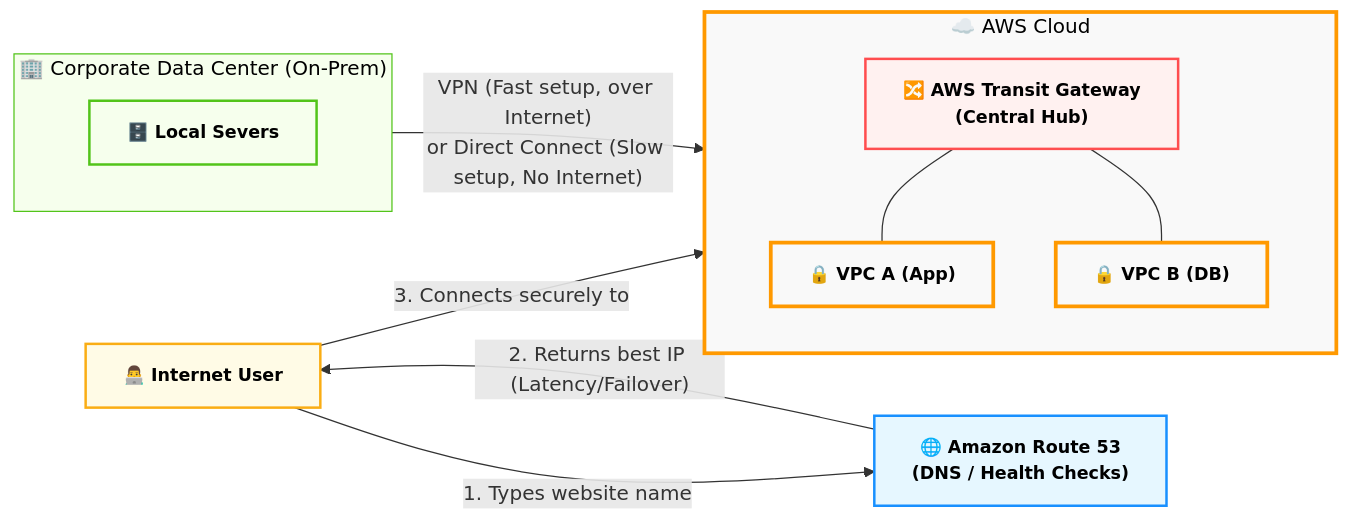
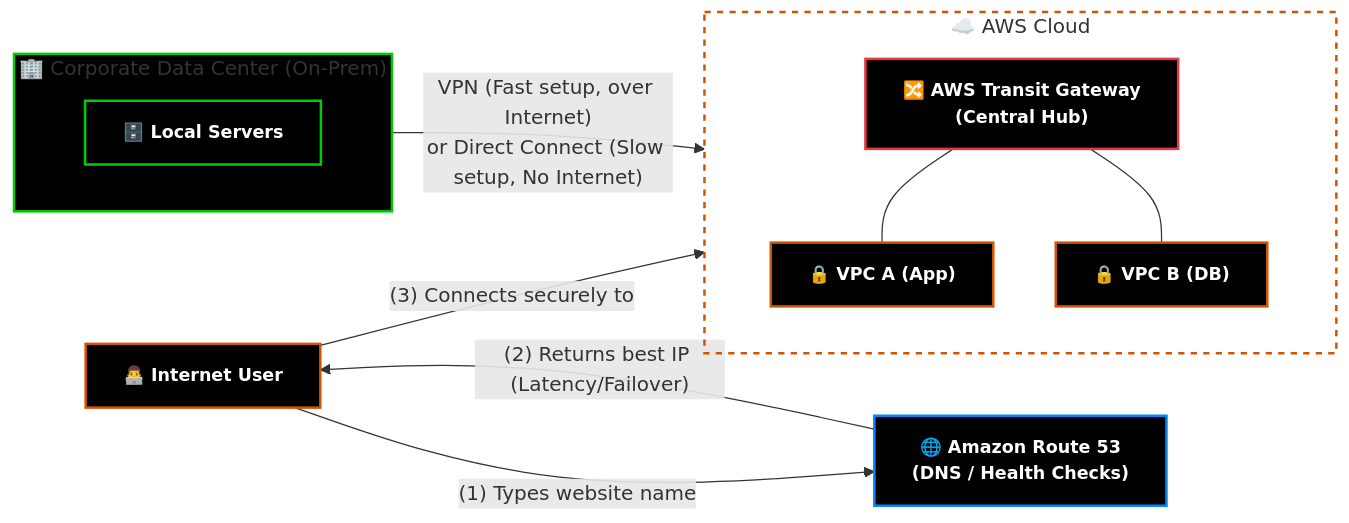
One commit to muhammad-khaled-tech/My-Study-Notes changed diagram 32 of 48 in Domain 3.md. Above: the diagram before and after it, drawn with Mermaid. The commit also changed 2 other files, not shown here.

Commit message:
vault backup: 2026-06-04 22:55:21

````diff
--- a/Domain 3.md
+++ b/Domain 3.md
@@ -3463,43 +3463,46 @@
 ```mermaid
 flowchart LR
-    %% Global Styling
-    classDef default font-weight:bold,font-size:14px,stroke-width:2px;
-    classDef user fill:#fffbe6,stroke:#faad14,color:#000;
-    classDef dns fill:#e6f7ff,stroke:#1890ff,color:#000;
-    classDef aws fill:#f9f9f9,stroke:#ff9900,stroke-width:3px,color:#000;
-    classDef onprem fill:#f6ffed,stroke:#52c41a,color:#000;
-    classDef hybrid fill:#fff1f0,stroke:#ff4d4f,color:#000;
+
+    %% ستايلات مطابقة للمظهر الداكن (خلفية سوداء مع حدود ملونة وكتابة بيضاء)
+    classDef default font-weight:bold,font-size:14px,color:#fff;
+    classDef user fill:#000000,stroke:#d35400,stroke-width:2px;
+    classDef dns fill:#000000,stroke:#0088ff,stroke-width:2px;
+    classDef vpc fill:#000000,stroke:#d35400,stroke-width:2px;
+    classDef onprem fill:#000000,stroke:#00cc00,stroke-width:2px;
+    classDef hybrid fill:#000000,stroke:#e63946,stroke-width:2px;
+    classDef aws fill:transparent,stroke:#d35400,stroke-width:2px,stroke-dasharray: 5 5;
 
     User["👨‍💻 Internet User"]
-    R53["🌐 Amazon Route 53<br/>(DNS / Health Checks)"]
+    R53["🌐 Amazon Route 53<br>(DNS / Health Checks)"]
 
     subgraph AWS_Cloud ["☁️ AWS Cloud"]
         direction TB
         VPC1["🔒 VPC A (App)"]
         VPC2["🔒 VPC B (DB)"]
-        TGW["🔀 AWS Transit Gateway<br/>(Central Hub)"]
+        TGW["🔀 AWS Transit Gateway<br>(Central Hub)"]
     end
 
     subgraph Corporate ["🏢 Corporate Data Center (On-Prem)"]
-        LocalServers["🗄️ Local Severs"]
+        LocalServers["🗄️ Local Servers"]
     end
 
-    %% User Path
-    User -->|"1. Types website name"| R53
-    R53 -->|"2. Returns best IP (Latency/Failover)"| User
-    User -->|"3. Connects securely to"| VPC1
+    %% مسار المستخدم (تم استبدال النقط بأقواس لتفادي خطأ أوبسيديان)
+    User -->|"(1) Types website name"| R53
+    R53 -->|"(2) Returns best IP (Latency/Failover)"| User
+    User -->|"(3) Connects securely to"| VPC1
 
-    %% Corporate Path (Hybrid)
-    Corporate -->|"VPN (Fast setup, over Internet)<br/>or Direct Connect (Slow setup, No Internet)"| TGW
-    
-    %% Internal Routing
+    %% مسار الاتصال بالشركات (Hybrid)
+    Corporate -->|"VPN (Fast setup, over Internet)<br>or Direct Connect (Slow setup, No Internet)"| TGW
+
+    %% التوجيه الداخلي
     TGW --- VPC1
     TGW --- VPC2
 
-    %% Apply Classes
+    %% تطبيق الستايلات
     class User user;
     class R53 dns;
-    class AWS_Cloud,VPC1,VPC2 aws;
+    class VPC1,VPC2 vpc;
+    class AWS_Cloud aws;
     class Corporate,LocalServers onprem;
     class TGW hybrid;
 ```
````
